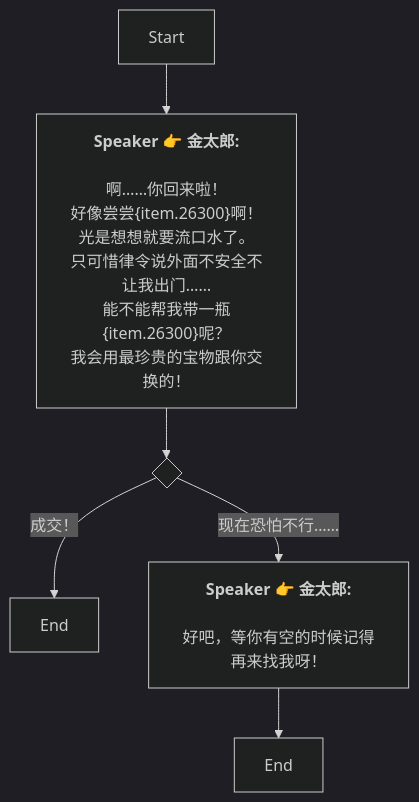
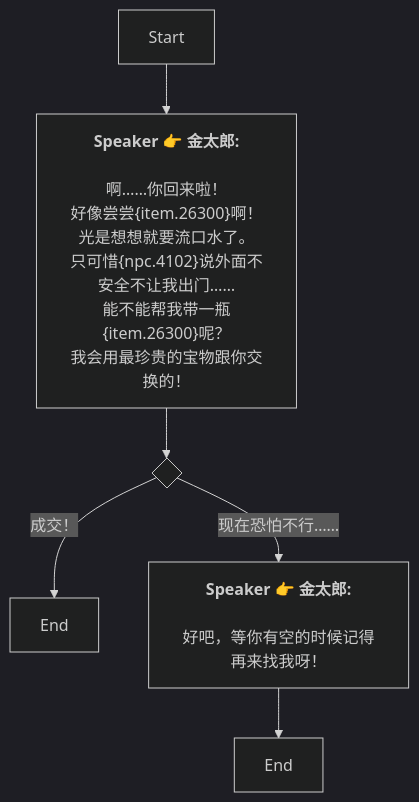
Before and after one commit to SoftHu/tos_avg: the diagram in Zh/QuestTalkObjectiveNode_1738258419564639.md, drawn with Mermaid (dark theme). The commit also changed 199 other files, not shown here.

````diff
--- a/Zh/QuestTalkObjectiveNode_1738258419564639.md
+++ b/Zh/QuestTalkObjectiveNode_1738258419564639.md
@@ -1,18 +1,18 @@
 ```mermaid
 graph
 Start -->1738258947659874[<b>Speaker 👉 金太郎:</b>
 
 啊……你回来啦！
 好像尝尝&lbrace;item.26300&rbrace;啊！
 光是想想就要流口水了。
-只可惜律令说外面不安全不让我出门……
+只可惜&lbrace;npc.4102&rbrace;说外面不安全不让我出门……
 能不能帮我带一瓶&lbrace;item.26300&rbrace;呢？
 我会用最珍贵的宝物跟你交换的！]
 1738258947659874 -->1738259825214578{ }
 1738259825214578 -->|成交！|1738259825214579[End]
 1738259825214578 -->|现在恐怕不行……|1738259825214580[<b>Speaker 👉 金太郎:</b>
 
 好吧，等你有空的时候记得再来找我呀！]
 1738259825214580 -->1738259825214581[End]
 
  ```
````
